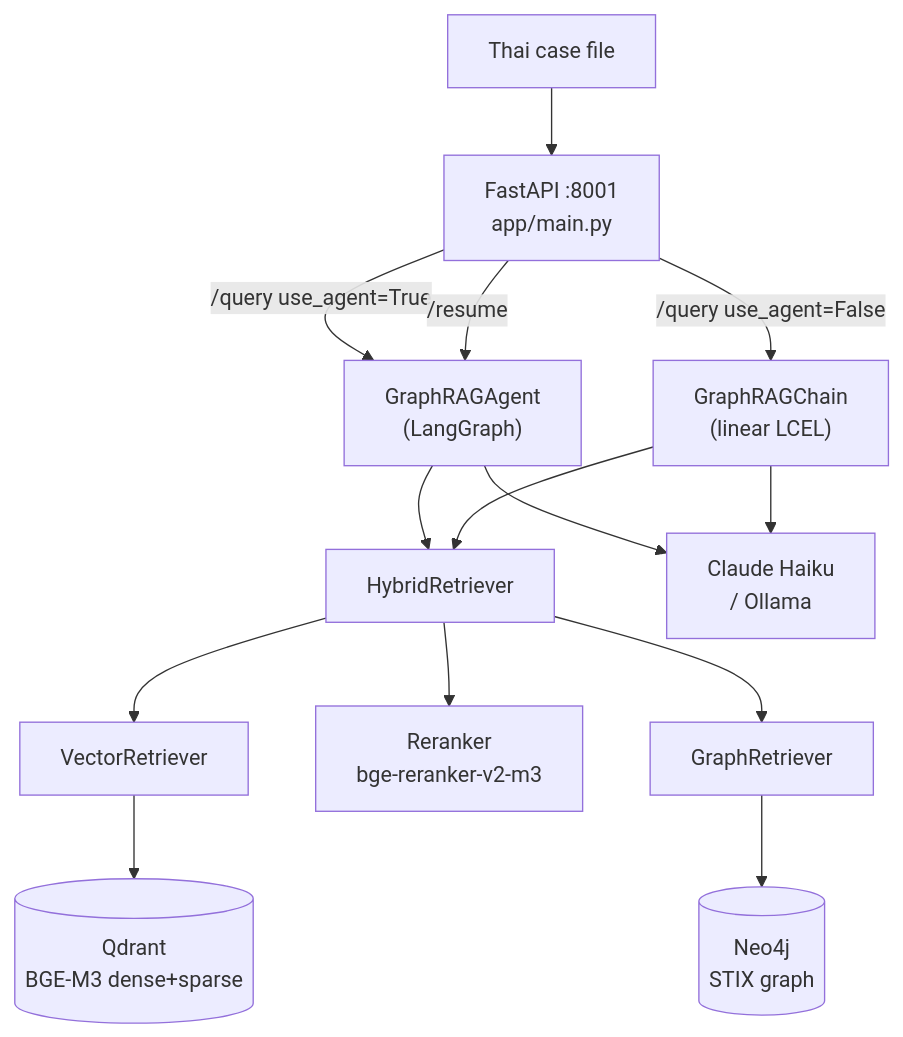
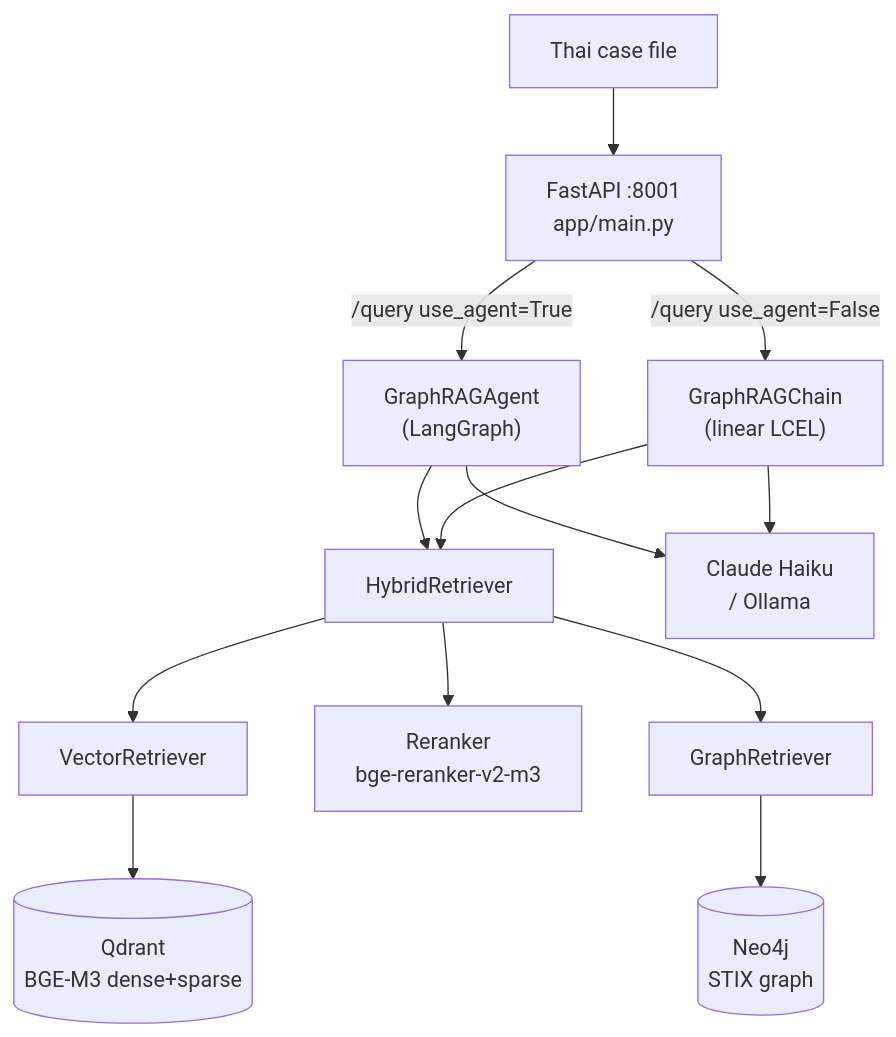
The first of 3 diagrams in rag_service/ARCHITECTURE.md (KKhamwiset/Cybercase-Intelligence-Framework), drawn with Mermaid before and after one commit. The commit also changed other lines of this file and 24 other files, not shown here.

````diff
--- a/rag_service/ARCHITECTURE.md
+++ b/rag_service/ARCHITECTURE.md
@@ -72,14 +71,13 @@
 ```mermaid
 flowchart TD
     A["Thai case file"] --> API["FastAPI :8001<br/>app/main.py"]
     API -->|"/query use_agent=True"| AG["GraphRAGAgent<br/>(LangGraph)"]
     API -->|"/query use_agent=False"| CH["GraphRAGChain<br/>(linear LCEL)"]
-    API -->|"/resume"| AG
     AG --> HR["HybridRetriever"]
     CH --> HR
     HR --> VR["VectorRetriever"] --> QD[("Qdrant<br/>BGE-M3 dense+sparse")]
     HR --> RR["Reranker<br/>bge-reranker-v2-m3"]
     HR --> GR["GraphRetriever"] --> NEO[("Neo4j<br/>STIX graph")]
     AG --> LLM["Claude Haiku<br/>/ Ollama"]
     CH --> LLM
 ```
````
